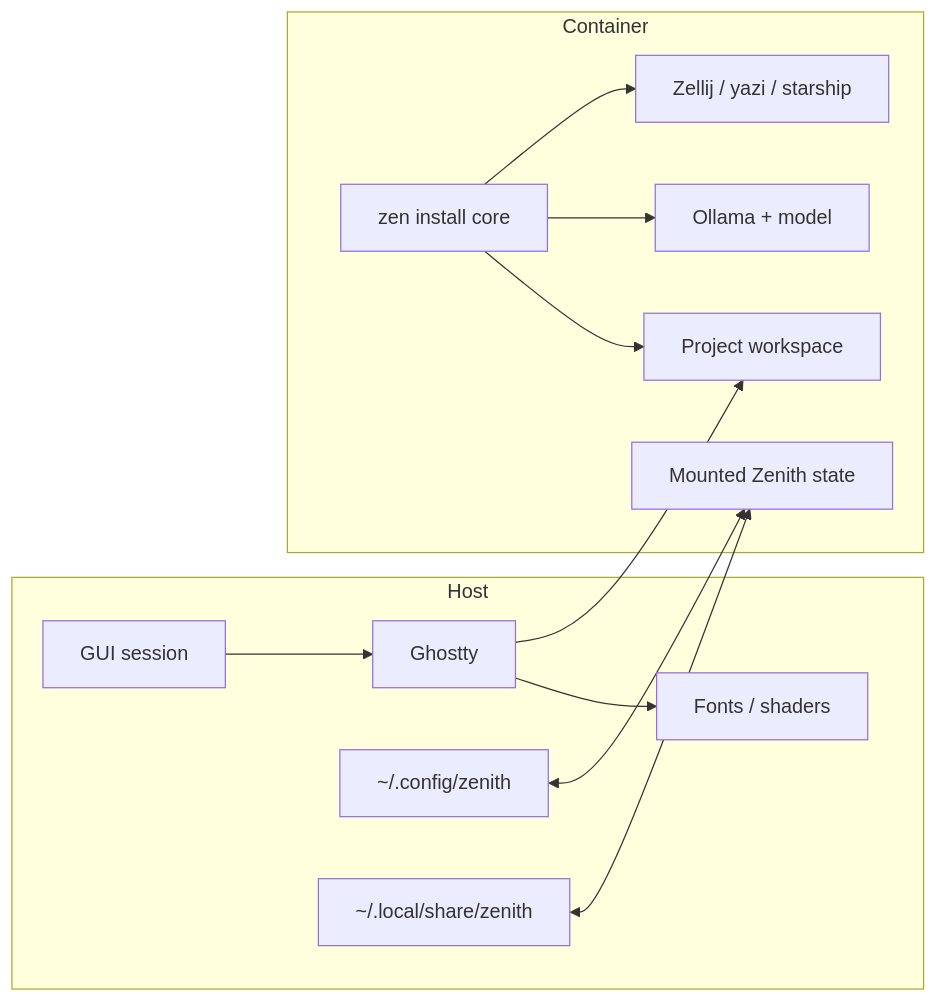
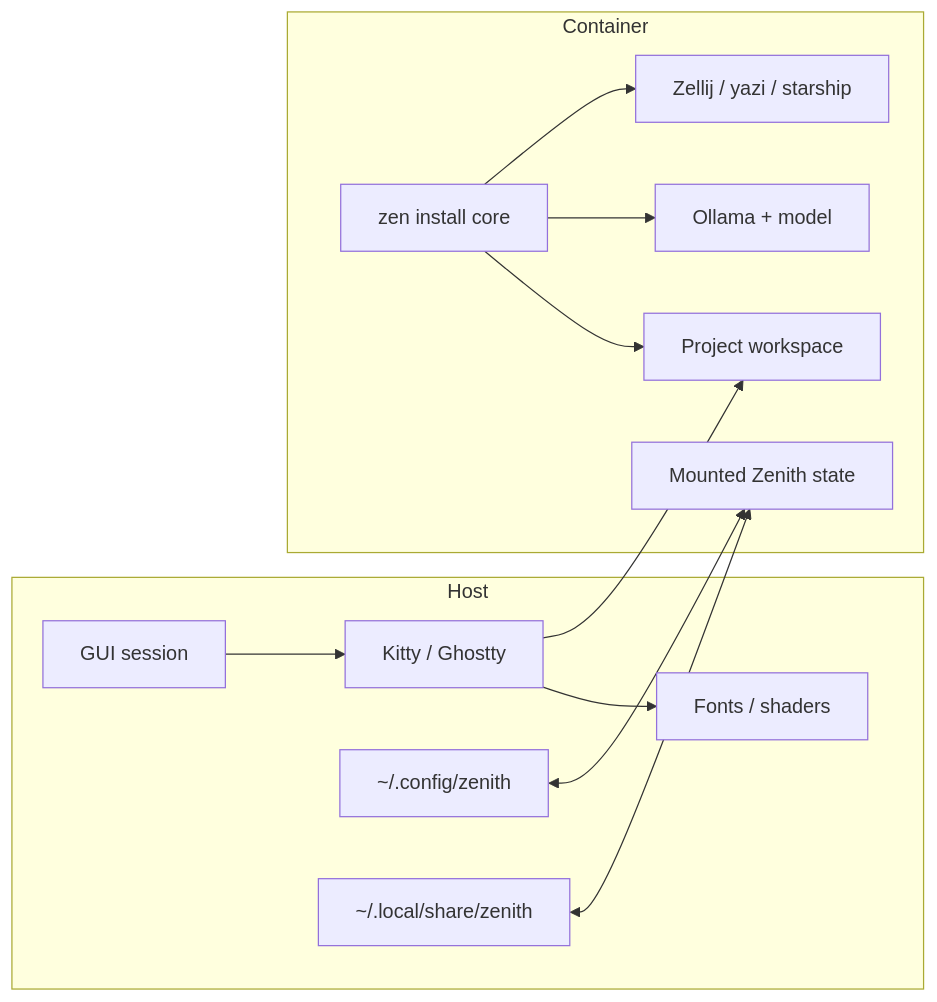
Before and after one commit to sudo-scorpion/project-zenith: the second of 6 diagrams in docs/architecture.md, drawn with Mermaid. The commit also changed other lines of this file and 41 other files, not shown here.

````diff
--- a/docs/architecture.md
+++ b/docs/architecture.md
@@ -38,28 +38,28 @@
 ```mermaid
 flowchart LR
     subgraph Host
         H1[GUI session]
-        H2[Ghostty]
+        H2[Kitty / Ghostty]
         H3[Fonts / shaders]
         H4[~/.config/zenith]
         H5[~/.local/share/zenith]
     end
 
     subgraph Container
         C1[zen install core]
         C2[Zellij / yazi / starship]
         C3[Ollama + model]
         C4[Project workspace]
         C5[Mounted Zenith state]
     end
 
     H2 --> C4
     H4 <--> C5
     H5 <--> C5
 
     H1 --> H2
     H2 --> H3
     C1 --> C2
     C1 --> C3
     C1 --> C4
 ```
````
